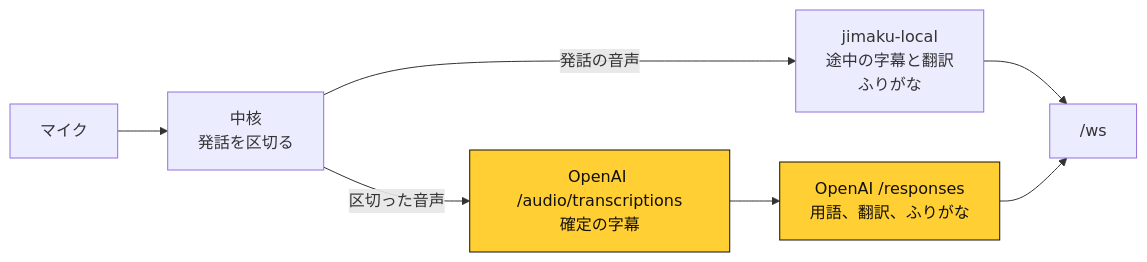
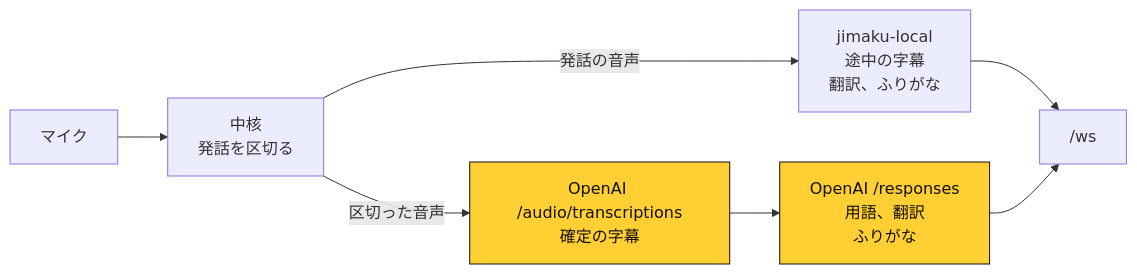
The second of 4 diagrams in README.md (Chiji1108/deadlock-jimaku), drawn with Mermaid before and after one commit. The commit also changed other lines of this file, not shown here.

Commit message:
README の図の文字が途中で折れないようにする

````diff
--- a/README.md
+++ b/README.md
@@ -72,11 +72,11 @@
 ```mermaid
 flowchart LR
   mic["マイク"] --> core["中核<br/>発話を区切る"]
-  core -- "発話の音声" --> helper["jimaku-local<br/>途中の字幕と翻訳<br/>ふりがな"]
+  core -- "発話の音声" --> helper["jimaku-local<br/>途中の字幕<br/>翻訳、ふりがな"]
   core -- "区切った音声" --> batch["OpenAI /audio/transcriptions<br/>確定の字幕"]
-  batch --> llm["OpenAI /responses<br/>用語、翻訳、ふりがな"]
+  batch --> llm["OpenAI /responses<br/>用語、翻訳<br/>ふりがな"]
   helper --> ws["/ws"]
   llm --> ws
   classDef cloud fill:#ffcf33,stroke:#12110e,color:#12110e
   class batch,llm cloud
 ```
````
